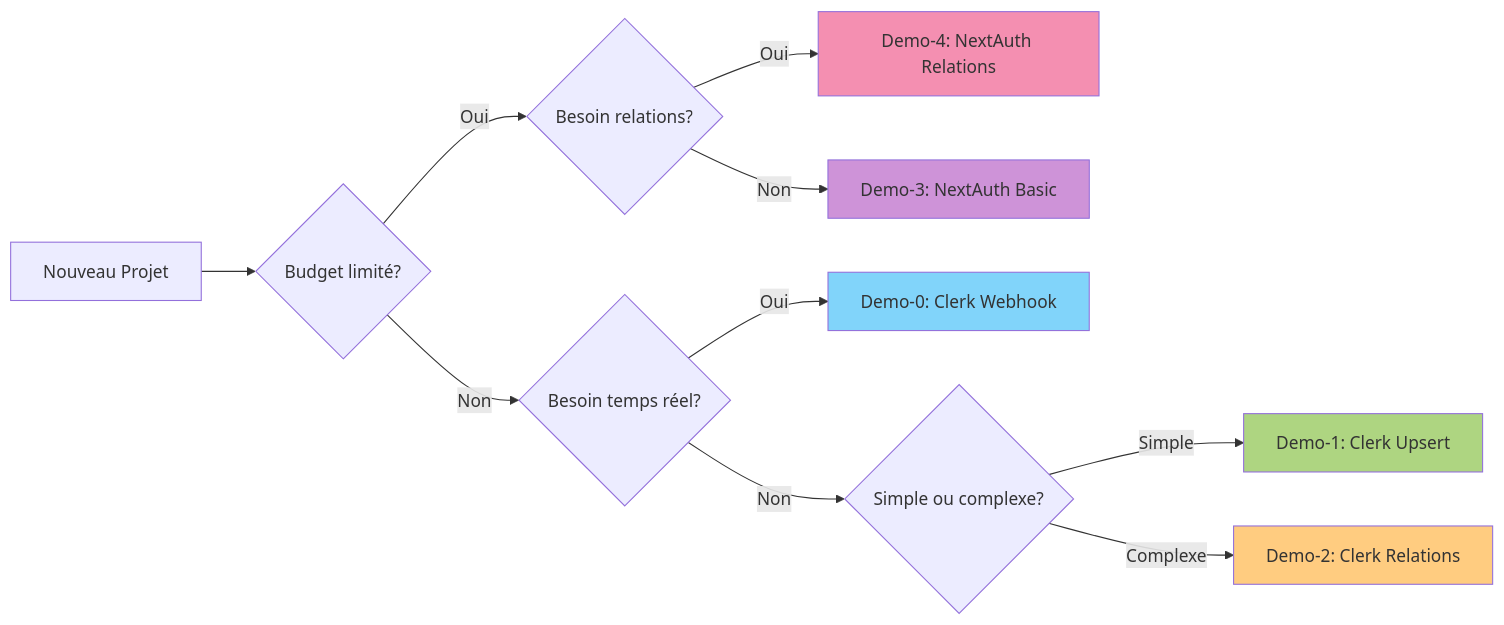
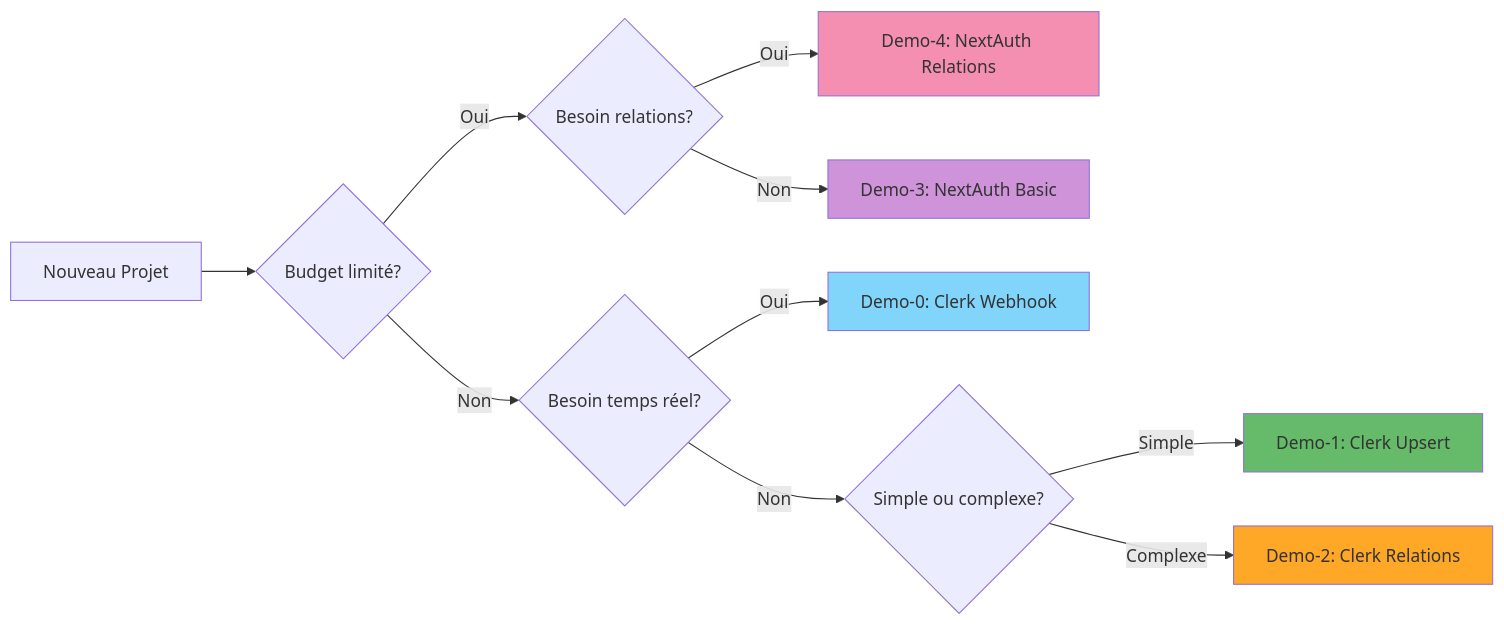
Before and after one commit to inskillflow/auths-1-NEXTJS-introduction: the second of 39 diagrams in 02-DIAGRAMMES_ARCHITECTURES.md, drawn with Mermaid. The commit also changed other lines of this file, not shown here.

````diff
--- a/02-DIAGRAMMES_ARCHITECTURES.md
+++ b/02-DIAGRAMMES_ARCHITECTURES.md
@@ -67,21 +67,21 @@
 ```mermaid
 graph LR
     START[Nouveau Projet] --> Q1{Budget limité?}
     Q1 -->|Oui| Q2{Besoin relations?}
     Q1 -->|Non| Q3{Besoin temps réel?}
     
     Q2 -->|Oui| DEMO4[Demo-4: NextAuth Relations]
     Q2 -->|Non| DEMO3[Demo-3: NextAuth Basic]
     
     Q3 -->|Oui| DEMO0[Demo-0: Clerk Webhook]
     Q3 -->|Non| Q4{Simple ou complexe?}
     
     Q4 -->|Simple| DEMO1[Demo-1: Clerk Upsert]
     Q4 -->|Complexe| DEMO2[Demo-2: Clerk Relations]
     
     style DEMO0 fill:#81d4fa
-    style DEMO1 fill:#aed581
-    style DEMO2 fill:#ffcc80
+    style DEMO1 fill:#66bb6a
+    style DEMO2 fill:#ffa726
     style DEMO3 fill:#ce93d8
     style DEMO4 fill:#f48fb1
 ```
````
